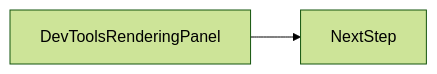
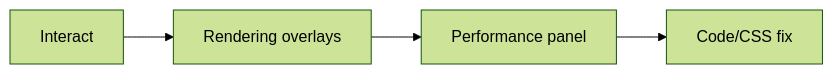
The second of 2 diagrams in docs/en/03-browser/devtools-rendering-panel/index.md (OmidJavaherii/Frontend-Engineering-Handbook), drawn with Mermaid (forest theme) before and after one commit. The commit also changed other lines of this file and 461 other files, not shown here.

````diff
--- a/docs/en/03-browser/devtools-rendering-panel/index.md
+++ b/docs/en/03-browser/devtools-rendering-panel/index.md
@@ -97,4 +110,6 @@
 ```mermaid
 flowchart LR
-  concept[DevToolsRenderingPanel] --> nextStep[NextStep]
+  UI[Interact] --> Overlay[Rendering overlays]
+  Overlay --> Perf[Performance panel]
+  Perf --> Fix[Code/CSS fix]
 ```
````
